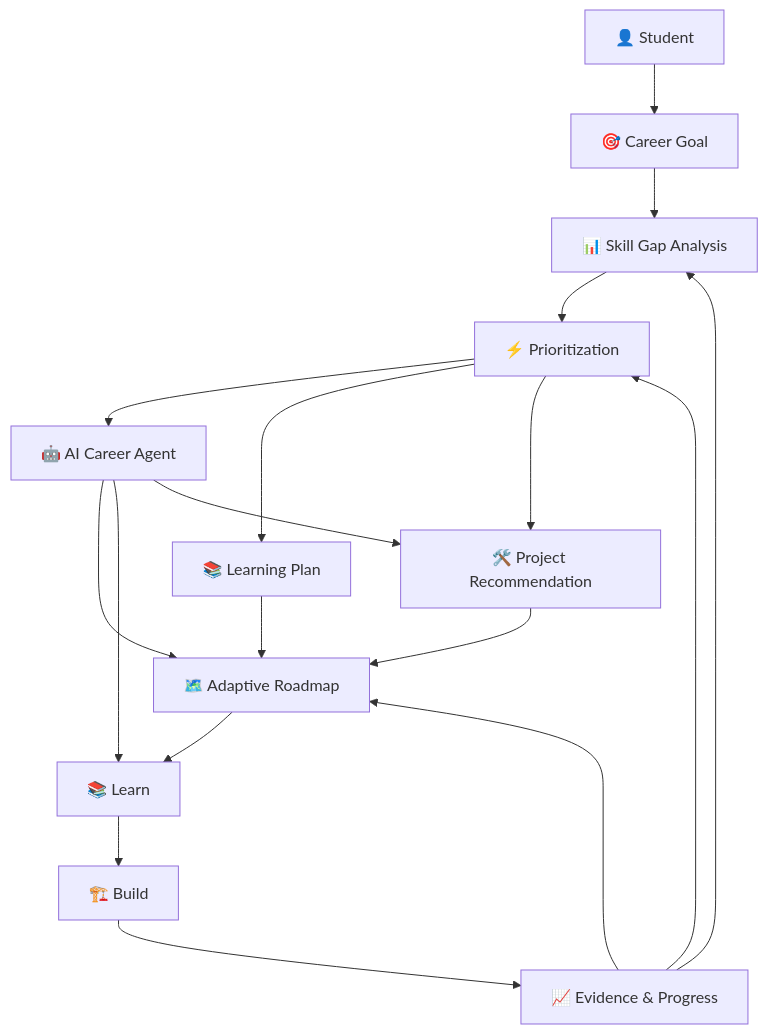
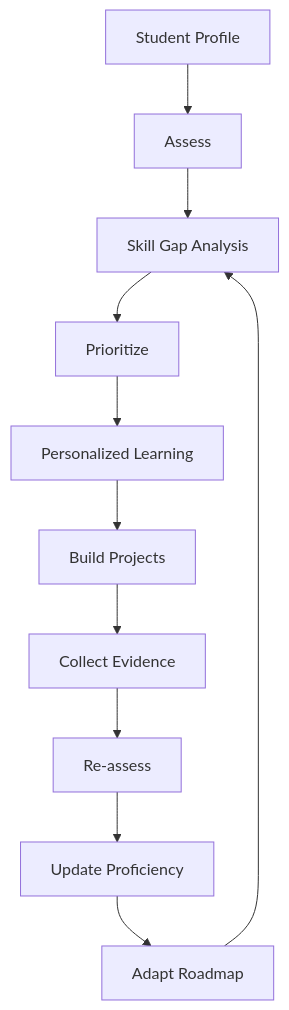
The fifth of 7 diagrams in README.md (itsdivyanshuno/gaply-bnb-2026), drawn with Mermaid before and after one commit. The commit also changed other lines of this file, not shown here.

````diff
--- a/README.md
+++ b/README.md
@@ -305,29 +330,13 @@
 ```mermaid
 flowchart TD
-    A["👤 Student"] --> B["🎯 Career Goal"]
-
-    B --> C["📊 Skill Gap Analysis"]
-
-    C --> D["⚡ Prioritization"]
-
-    D --> E["🤖 AI Career Agent"]
-
-    D --> F["📚 Learning Plan"]
-
-    D --> G["🛠️ Project Recommendation"]
-
-    F --> H["🗺️ Adaptive Roadmap"]
-    G --> H
-
-    H --> I["📚 Learn"]
-    I --> J["🏗️ Build"]
-    J --> K["📈 Evidence & Progress"]
-
-    K --> C
-    K --> D
-    K --> H
-
-    E --> H
-    E --> I
-    E --> G
+    A[Student Profile] --> B[Assess]
+    B --> C[Skill Gap Analysis]
+    C --> D[Prioritize]
+    D --> E[Personalized Learning]
+    E --> F[Build Projects]
+    F --> G[Collect Evidence]
+    G --> H[Re-assess]
+    H --> I[Update Proficiency]
+    I --> J[Adapt Roadmap]
+    J --> C
 ```
````
